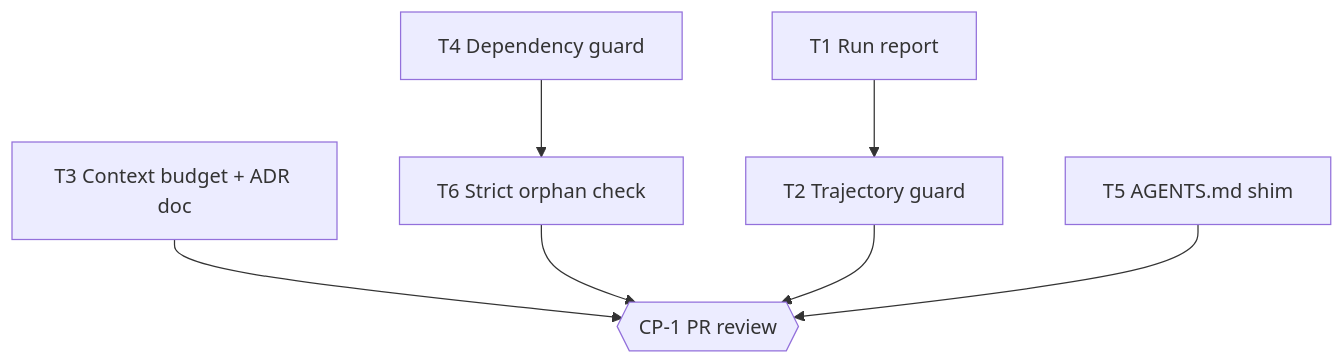
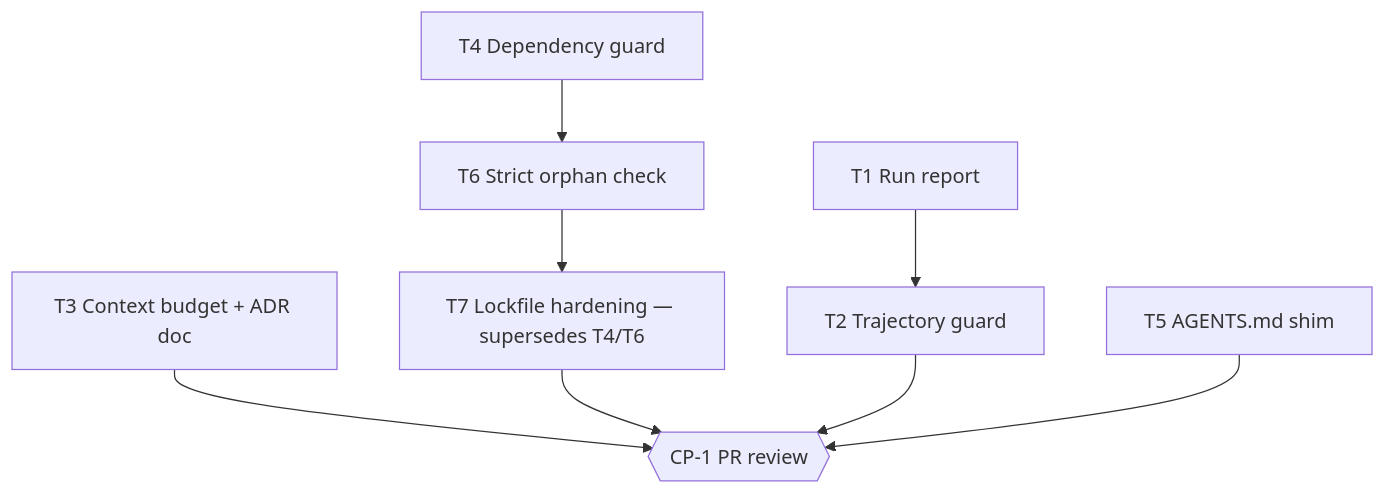
Before and after one commit to antoinelef23/Claudo: the diagram in work/sdlc-rework/tasks.md, drawn with Mermaid. The commit also changed other lines of this file and 5 other files, not shown here.

````diff
--- a/work/sdlc-rework/tasks.md
+++ b/work/sdlc-rework/tasks.md
@@ -16,9 +16,10 @@
 ```mermaid
 flowchart TD
     T1[T1 Run report] --> T2[T2 Trajectory guard]
     T3[T3 Context budget + ADR doc] --> CP1{{CP-1 PR review}}
     T4[T4 Dependency guard] --> T6[T6 Strict orphan check]
-    T6 --> CP1
+    T6 --> T7[T7 Lockfile hardening — supersedes T4/T6]
+    T7 --> CP1
     T2 --> CP1
     T5[T5 AGENTS.md shim] --> CP1
 ```
````
